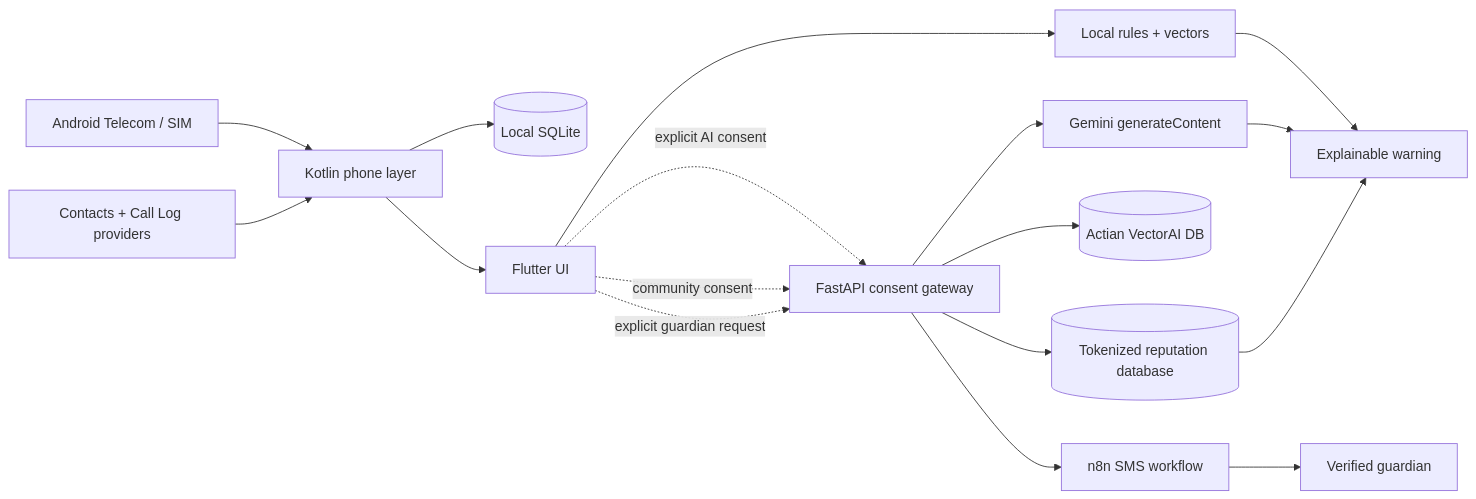
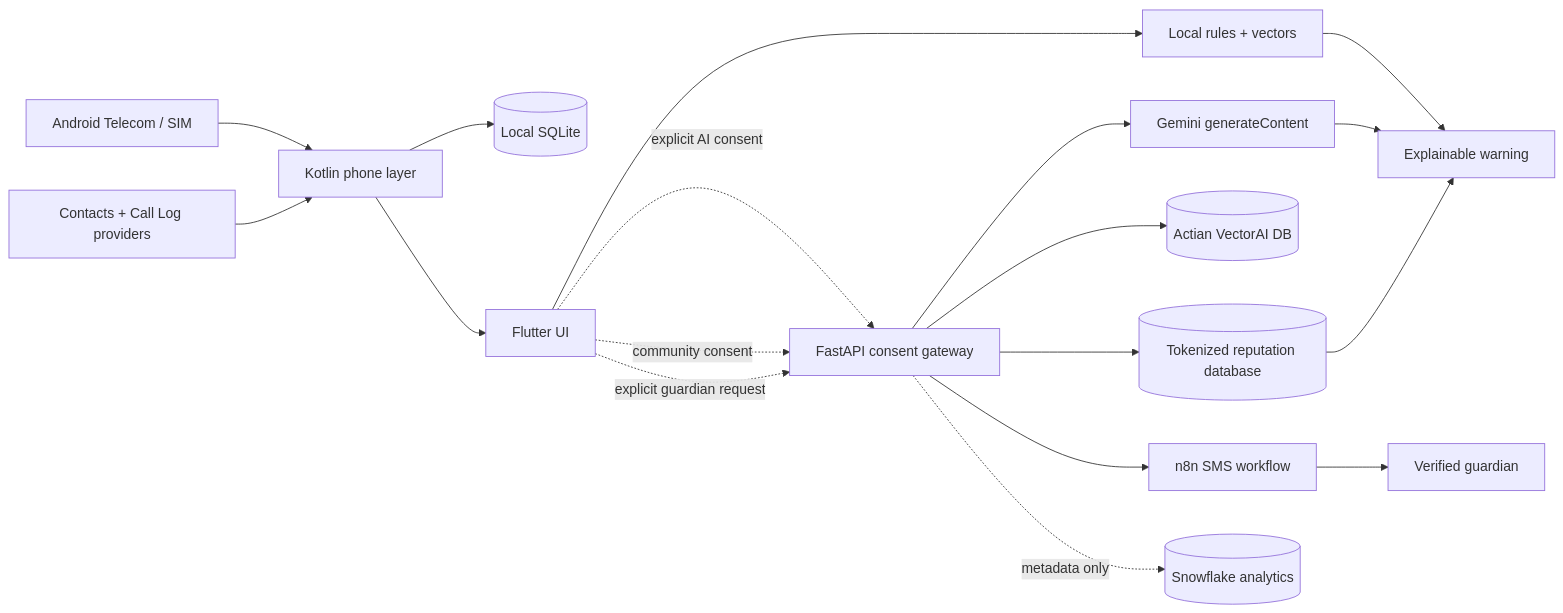
One commit to Don-Gabriel/kavasam-pechacks changed the diagram in README.md. Above: the diagram before and after it, drawn with Mermaid. The commit also changed other lines of this file and 28 other files, not shown here.

````diff
--- a/README.md
+++ b/README.md
@@ -79,19 +96,20 @@
 ```mermaid
 flowchart LR
     SIM[Android Telecom / SIM] --> Native[Kotlin phone layer]
     Contacts[Contacts + Call Log providers] --> Native
     Native --> LocalDB[(Local SQLite)]
     Native --> Flutter[Flutter UI]
     Flutter --> LocalRisk[Local rules + vectors]
     Flutter -. explicit AI consent .-> Gateway[FastAPI consent gateway]
     Flutter -. community consent .-> Gateway
     Flutter -. explicit guardian request .-> Gateway
     Gateway --> Gemini[Gemini generateContent]
     Gateway --> Actian[(Actian VectorAI DB)]
     Gateway --> Reputation[(Tokenized reputation database)]
     Gateway --> N8N[n8n SMS workflow]
+    Gateway -. metadata only .-> Snowflake[(Snowflake analytics)]
     N8N --> Guardian[Verified guardian]
     LocalRisk --> UI[Explainable warning]
     Gemini --> UI
     Reputation --> UI
 ```
````
